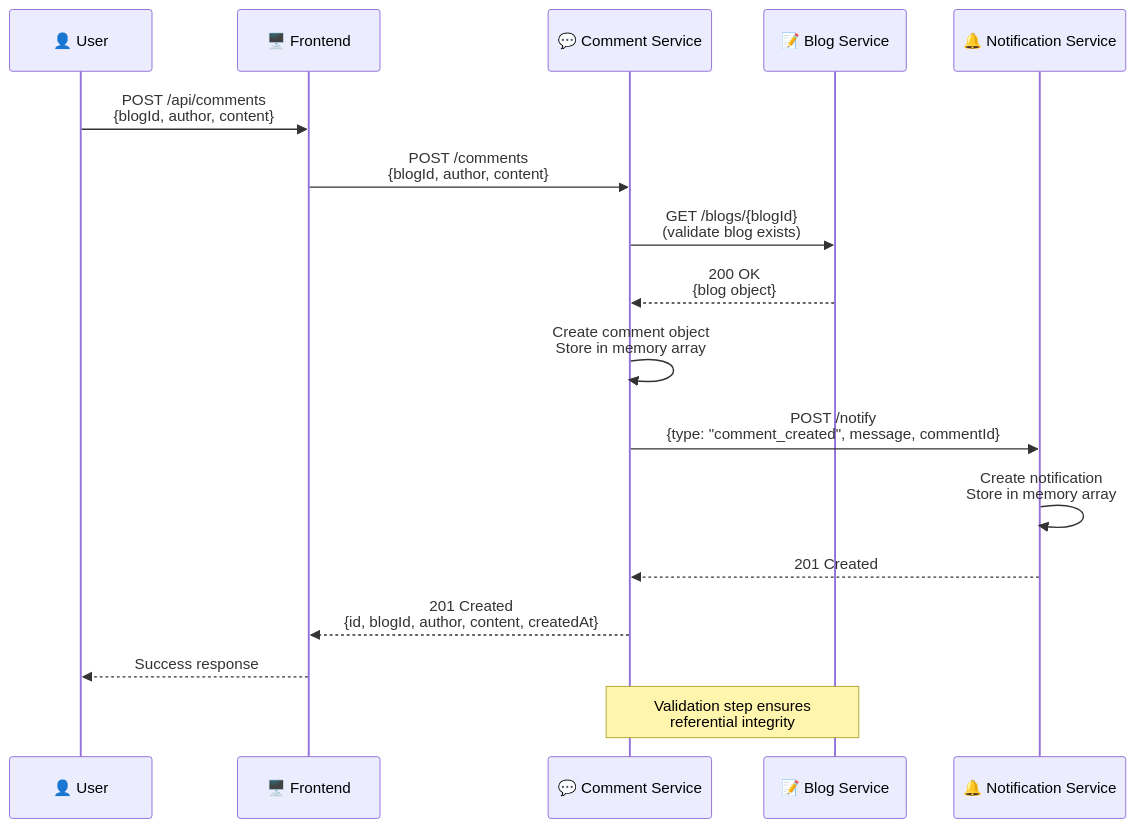
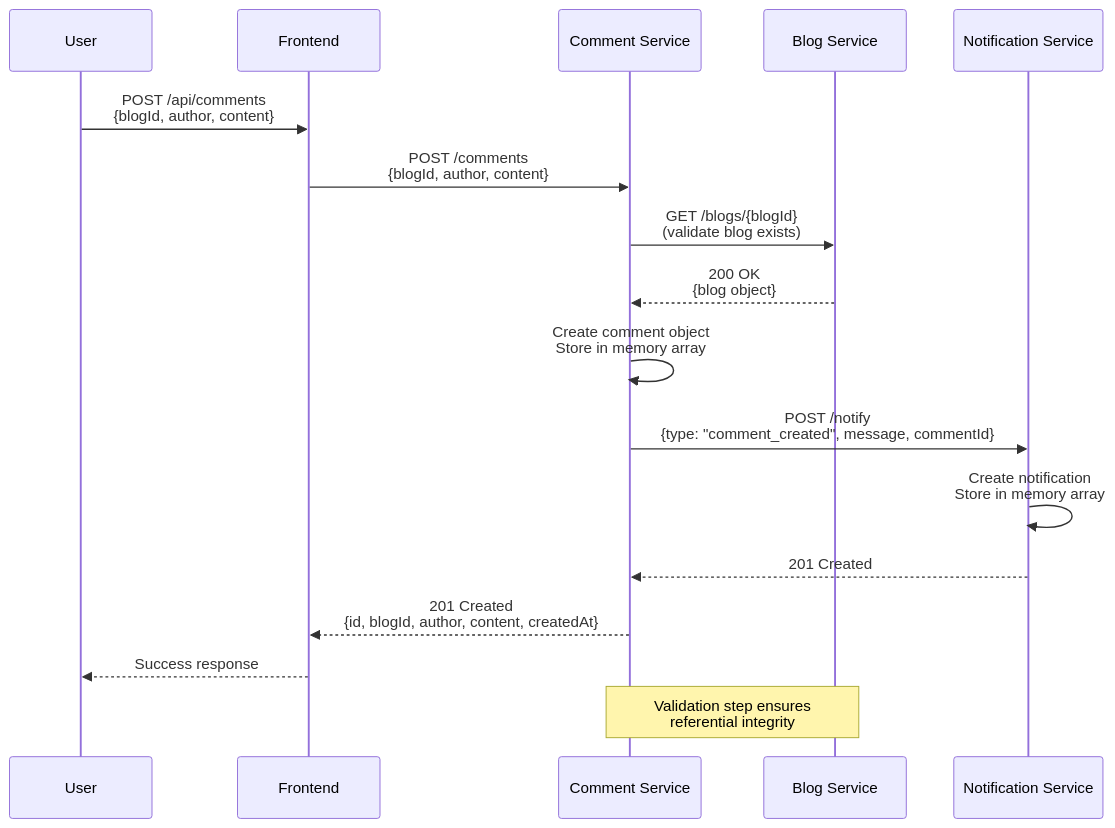
One commit to vvt911/blog-microservices changed the third of 9 diagrams in docs/architecture-diagrams.md. Above: the diagram before and after it, drawn with Mermaid. The commit also changed other lines of this file, not shown here.

````diff
--- a/docs/architecture-diagrams.md
+++ b/docs/architecture-diagrams.md
@@ -123,21 +123,21 @@
 ```mermaid
 sequenceDiagram
-    participant U as 👤 User
-    participant F as 🖥️ Frontend
-    participant C as 💬 Comment Service
-    participant B as 📝 Blog Service
-    participant N as 🔔 Notification Service
+    participant U as User
+    participant F as Frontend
+    participant C as Comment Service
+    participant B as Blog Service
+    participant N as Notification Service
     
     U->>F: POST /api/comments<br/>{blogId, author, content}
     F->>C: POST /comments<br/>{blogId, author, content}
     C->>B: GET /blogs/{blogId}<br/>(validate blog exists)
     B-->>C: 200 OK<br/>{blog object}
     C->>C: Create comment object<br/>Store in memory array
     C->>N: POST /notify<br/>{type: "comment_created", message, commentId}
     N->>N: Create notification<br/>Store in memory array
     N-->>C: 201 Created
     C-->>F: 201 Created<br/>{id, blogId, author, content, createdAt}
     F-->>U: Success response
     
     Note over C,B: Validation step ensures<br/>referential integrity
 ```
````
